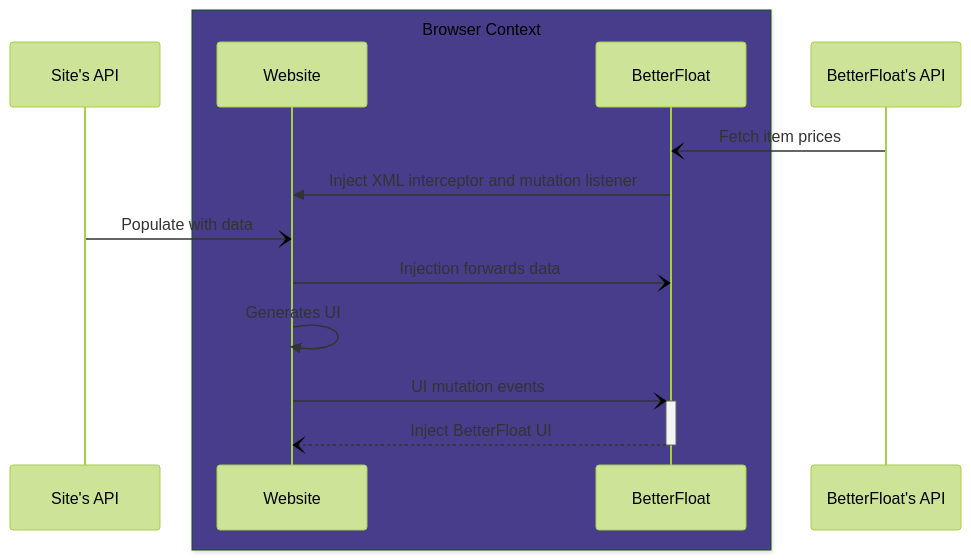
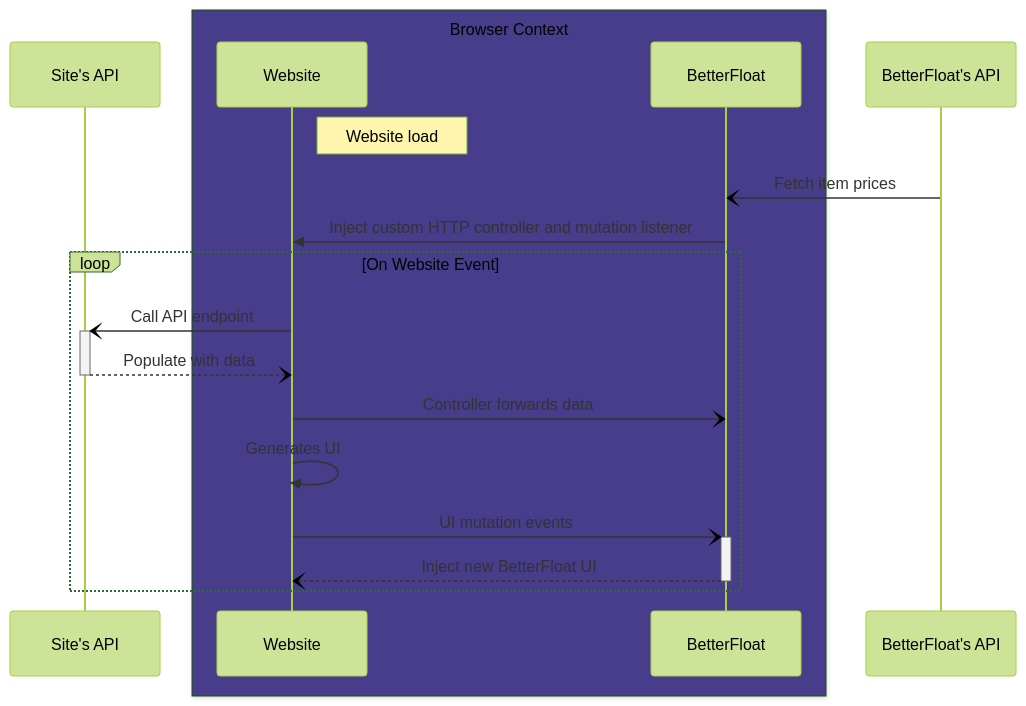
One commit to GODrums/BetterFloat changed the diagram in README.md. Above: the diagram before and after it, drawn with Mermaid (forest theme). The commit also changed other lines of this file, not shown here.

````diff
--- a/README.md
+++ b/README.md
@@ -55,17 +54,21 @@
 ```mermaid
 sequenceDiagram
   participant sAPI as Site's API
   box darkslateblue Browser Context
     participant w as Website
     participant bf as BetterFloat
   end
   participant rAPI as BetterFloat's API
 
+  Note right of w: Website load
   rAPI-)bf: Fetch item prices
-  bf->>w: Inject XML interceptor and mutation listener
-  sAPI-)w: Populate with data
-  w-)bf: Injection forwards data
-  w->>w: Generates UI
-  w-)+bf: UI mutation events
-  bf--)-w: Inject BetterFloat UI
+  bf->>w: Inject custom HTTP controller and mutation listener
+  loop On Website Event
+    w-)+sAPI: Call API endpoint
+    sAPI--)-w: Populate with data
+    w-)bf: Controller forwards data
+    w->>w: Generates UI
+    w-)+bf: UI mutation events
+    bf--)-w: Inject new BetterFloat UI
+  end
 ```
````
